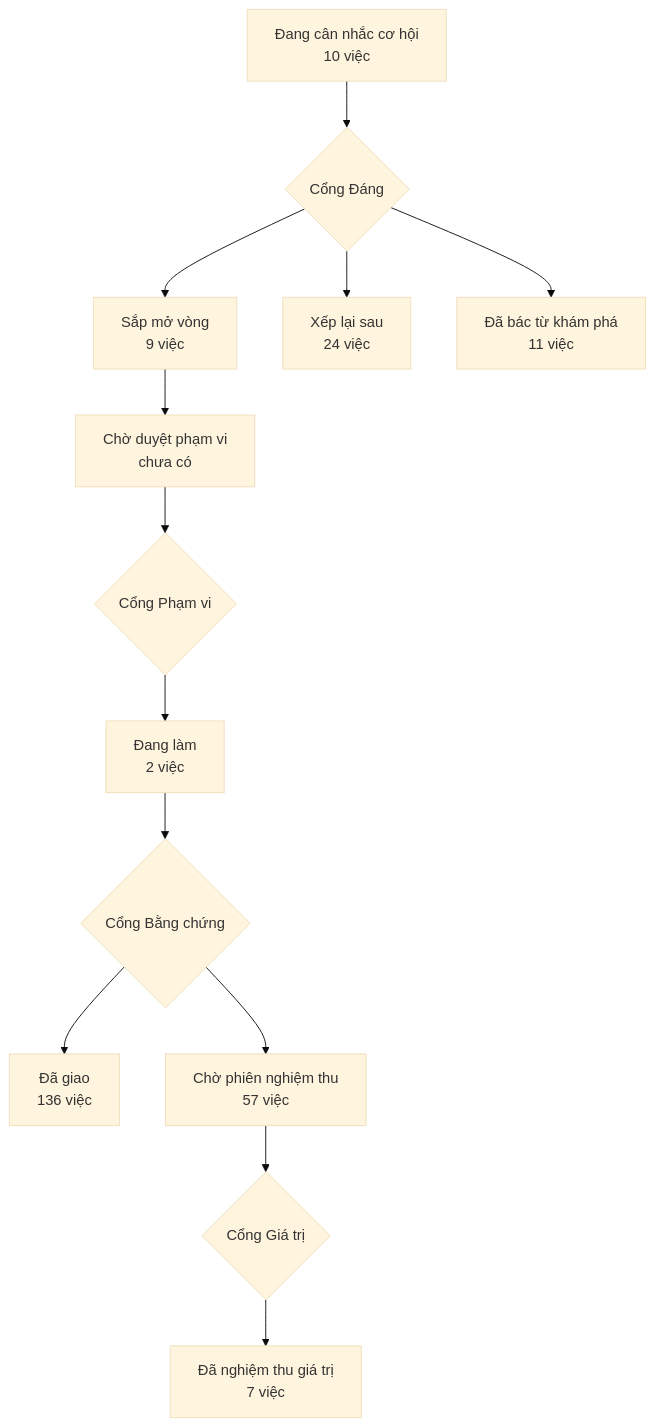
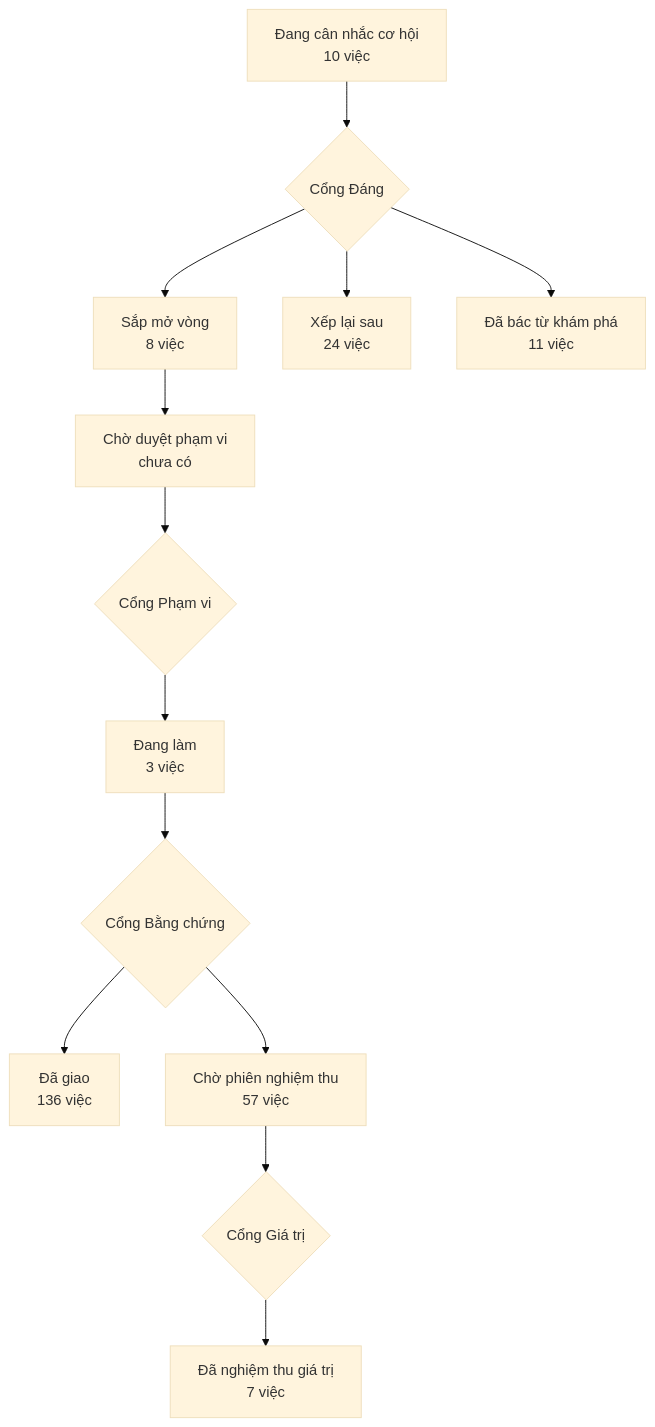
Before and after one commit to phanlemanh/acceptance-gate-kit: the diagram in PRODUCT-MAP.md, drawn with Mermaid (base theme). The commit also changed 1 other file, not shown here.

Commit message:
kiem-ban-cai-loi-sua-chay-duoc: vẽ lại bản đồ sau khi hồ sơ sang approved

````diff
--- a/PRODUCT-MAP.md
+++ b/PRODUCT-MAP.md
@@ -7,12 +7,12 @@
 ```mermaid
 flowchart TD
   A["Đang cân nhắc cơ hội<br/>10 việc"] --> GD{"Cổng Đáng"}
-  GD --> B["Sắp mở vòng<br/>9 việc"]
+  GD --> B["Sắp mở vòng<br/>8 việc"]
   GD --> XL["Xếp lại sau<br/>24 việc"]
   GD --> DB["Đã bác từ khám phá<br/>11 việc"]
   B --> CD["Chờ duyệt phạm vi<br/>chưa có"] --> GP{"Cổng Phạm vi"}
-  GP --> DL["Đang làm<br/>2 việc"] --> GB{"Cổng Bằng chứng"}
+  GP --> DL["Đang làm<br/>3 việc"] --> GB{"Cổng Bằng chứng"}
   GB --> DG["Đã giao<br/>136 việc"]
   GB --> CN["Chờ phiên nghiệm thu<br/>57 việc"] --> GG{"Cổng Giá trị"}
   GG --> NT["Đã nghiệm thu giá trị<br/>7 việc"]
 ```
````
